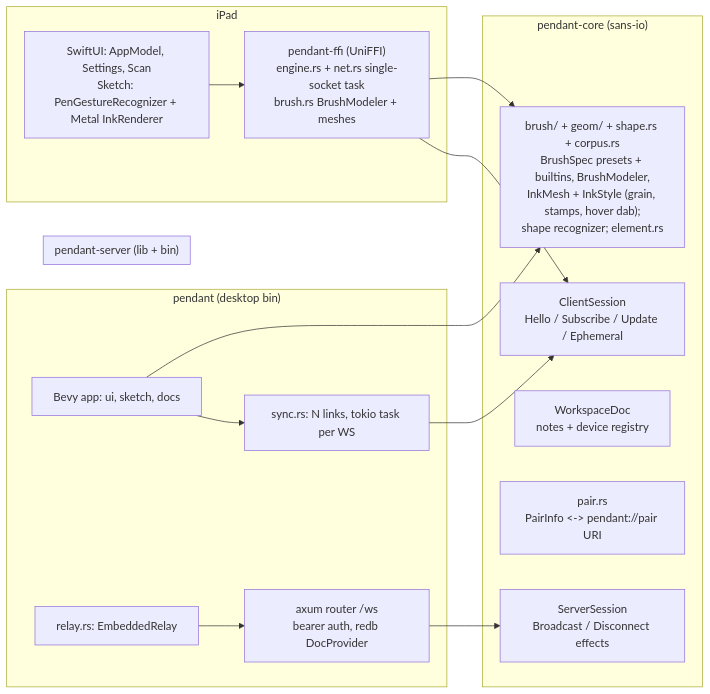
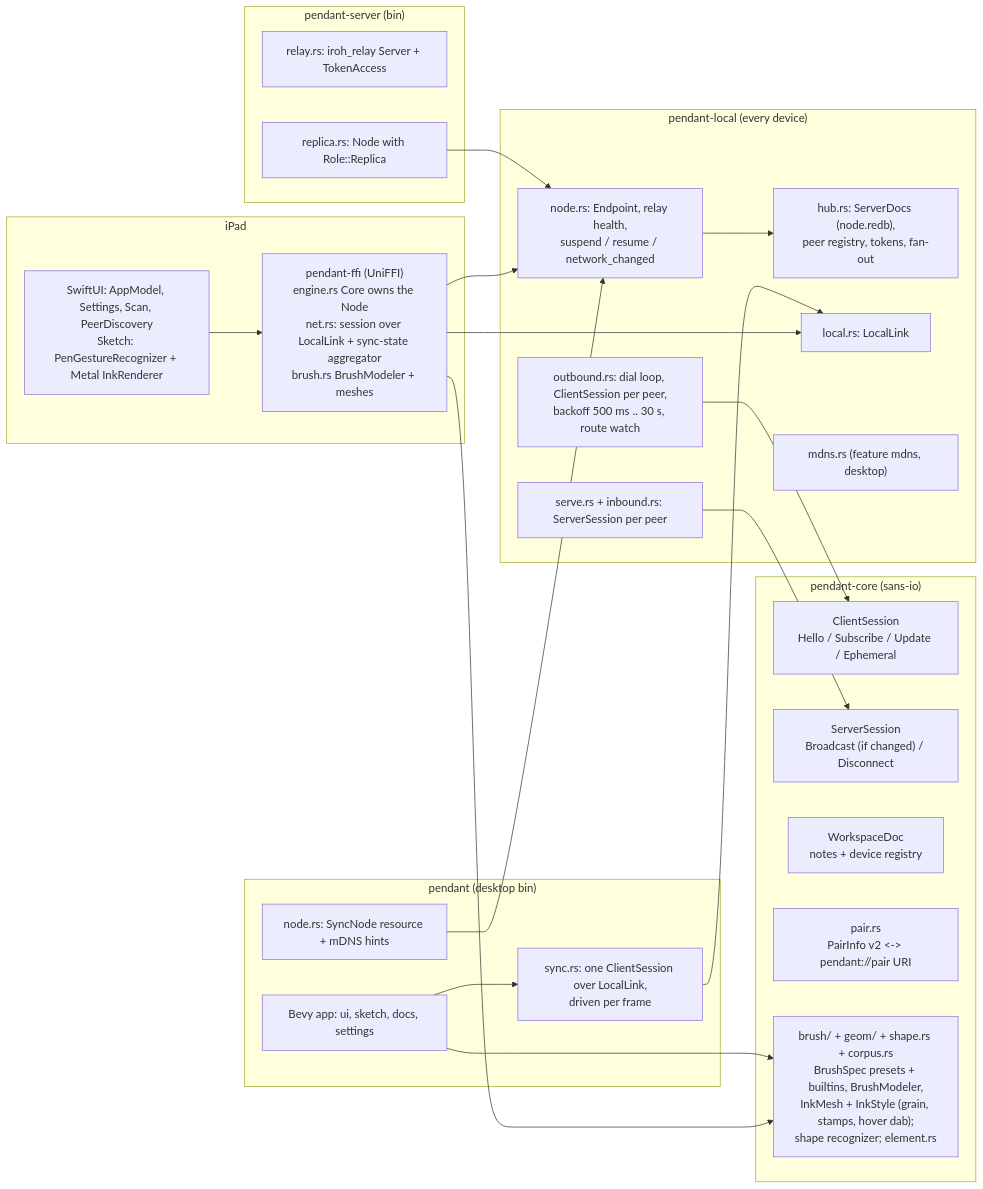
The fourth of 4 diagrams in docs/architecture.md (uttarayan21/krabink), drawn with Mermaid before and after one commit. The commit also changed other lines of this file and 65 other files, not shown here.

Commit message:
Migrate to iroh P2P mesh with mDNS and dedup

````diff
--- a/docs/architecture.md
+++ b/docs/architecture.md
@@ -122,28 +179,41 @@
 ```mermaid
 flowchart LR
     subgraph core["pendant-core (sans-io)"]
         CS["ClientSession\nHello / Subscribe / Update / Ephemeral"]
-        SS["ServerSession\nBroadcast / Disconnect effects"]
+        SS["ServerSession\nBroadcast (if changed) / Disconnect"]
         WS["WorkspaceDoc\nnotes + device registry"]
-        PAIR["pair.rs\nPairInfo <-> pendant://pair URI"]
+        PAIR["pair.rs\nPairInfo v2 <-> pendant://pair URI"]
         INK["brush/ + geom/ + shape.rs + corpus.rs\nBrushSpec presets + builtins, BrushModeler,\nInkMesh + InkStyle (grain, stamps, hover dab);\nshape recognizer; element.rs"]
     end
+    subgraph local["pendant-local (every device)"]
+        NODE["node.rs: Endpoint, relay health,\nsuspend / resume / network_changed"]
+        HUB["hub.rs: ServerDocs (node.redb),\npeer registry, tokens, fan-out"]
+        SERVE["serve.rs + inbound.rs: ServerSession per peer"]
+        OUT["outbound.rs: dial loop, ClientSession per peer,\nbackoff 500 ms .. 30 s, route watch"]
+        LINK["local.rs: LocalLink"]
+        MDNS["mdns.rs (feature mdns, desktop)"]
+        NODE --> HUB
+        SERVE --> SS
+        OUT --> CS
+    end
+    subgraph server["pendant-server (bin)"]
+        RELAY["relay.rs: iroh_relay Server + TokenAccess"]
+        REPL["replica.rs: Node with Role::Replica"]
+        REPL --> NODE
+    end
     subgraph desktop["pendant (desktop bin)"]
-        BEVY["Bevy app: ui, sketch, docs"]
-        SYNC["sync.rs: N links, tokio task per WS"]
-        RELAY["relay.rs: EmbeddedRelay"]
-        BEVY --> SYNC --> CS
+        BEVY["Bevy app: ui, sketch, docs, settings"]
+        SYNC["sync.rs: one ClientSession over LocalLink,\ndriven per frame"]
+        DNODE["node.rs: SyncNode resource + mDNS hints"]
+        BEVY --> SYNC --> LINK
         BEVY --> INK
-        RELAY --> SRV
-    end
-    subgraph server["pendant-server (lib + bin)"]
-        SRV["axum router /ws\nbearer auth, redb DocProvider"]
-        SRV --> SS
+        DNODE --> NODE
     end
     subgraph ios["iPad"]
-        SWIFT["SwiftUI: AppModel, Settings, Scan\nSketch: PenGestureRecognizer + Metal InkRenderer"]
-        FFI["pendant-ffi (UniFFI)\nengine.rs + net.rs single-socket task\nbrush.rs BrushModeler + meshes"]
-        SWIFT --> FFI --> CS
+        SWIFT["SwiftUI: AppModel, Settings, Scan, PeerDiscovery\nSketch: PenGestureRecognizer + Metal InkRenderer"]
+        FFI["pendant-ffi (UniFFI)\nengine.rs Core owns the Node\nnet.rs: session over LocalLink + sync-state aggregator\nbrush.rs BrushModeler + meshes"]
+        SWIFT --> FFI --> LINK
+        FFI --> NODE
         FFI --> INK
     end
 ```
````
